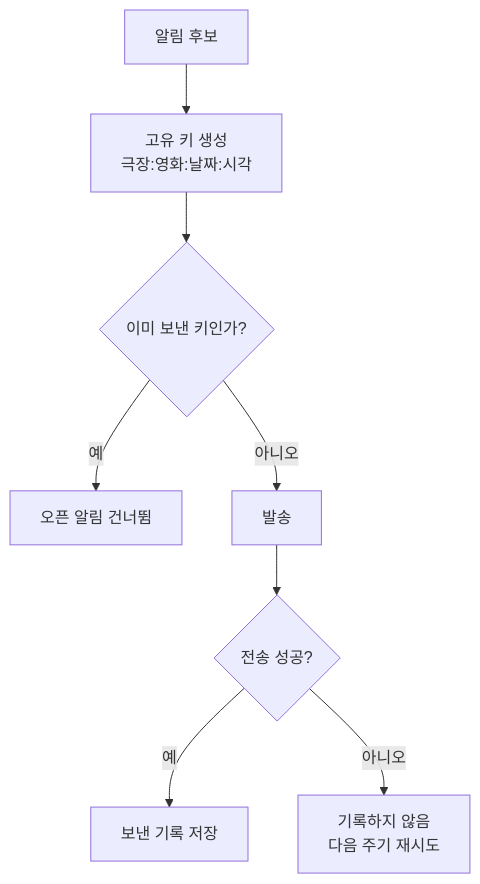
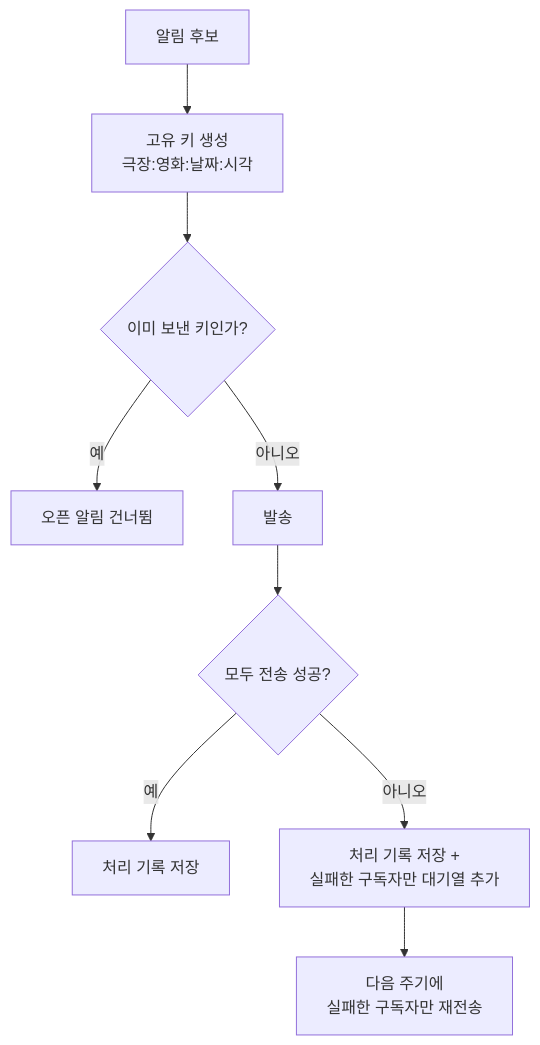
The fifth of 5 diagrams in docs/alert-flow.md (yuemyname/yongam-bot), drawn with Mermaid before and after one commit. The commit also changed other lines of this file and 3 other files, not shown here.

````diff
--- a/docs/alert-flow.md
+++ b/docs/alert-flow.md
@@ -118,10 +121,11 @@
 ```mermaid
 flowchart TD
     A[알림 후보] --> B[고유 키 생성<br/>극장:영화:날짜:시각]
     B --> C{이미 보낸 키인가?}
     C -->|예| D[오픈 알림 건너뜀]
     C -->|아니오| E[발송]
-    E --> F{전송 성공?}
-    F -->|예| G[보낸 기록 저장]
-    F -->|아니오| H[기록하지 않음<br/>다음 주기 재시도]
+    E --> F{모두 전송 성공?}
+    F -->|예| G[처리 기록 저장]
+    F -->|아니오| H[처리 기록 저장 +<br/>실패한 구독자만 대기열 추가]
+    H --> I[다음 주기에<br/>실패한 구독자만 재전송]
 ```
````
